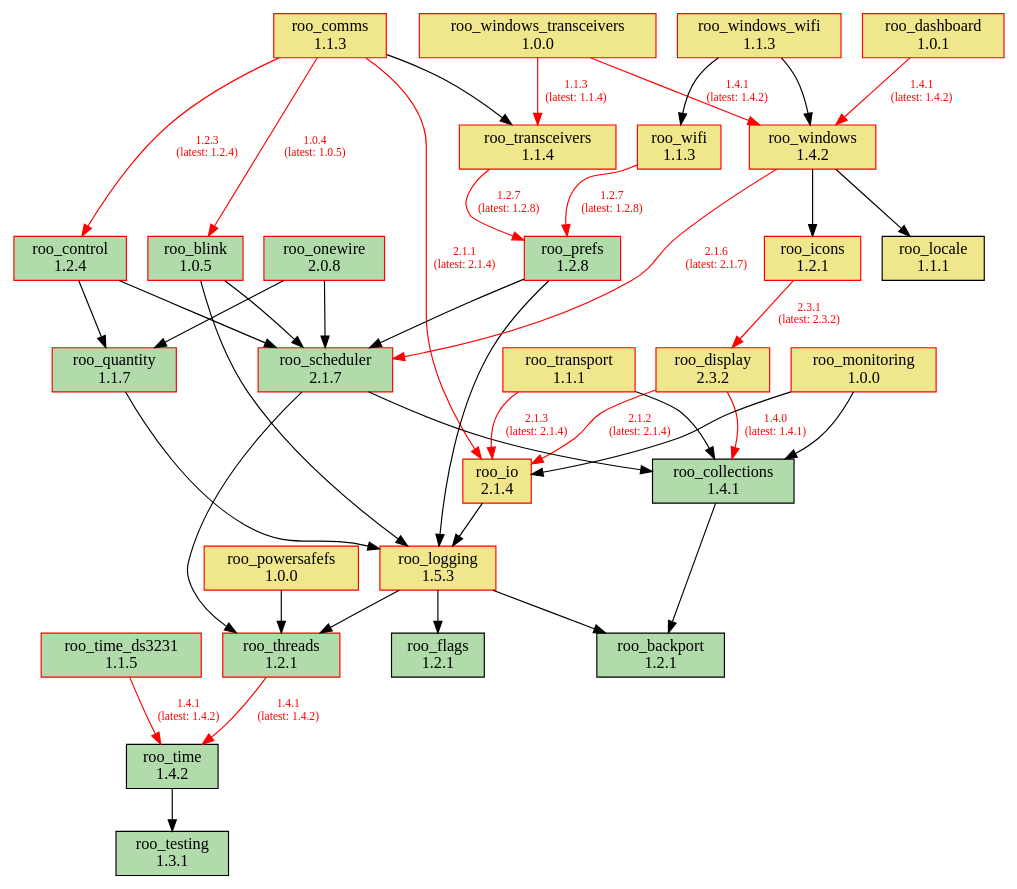
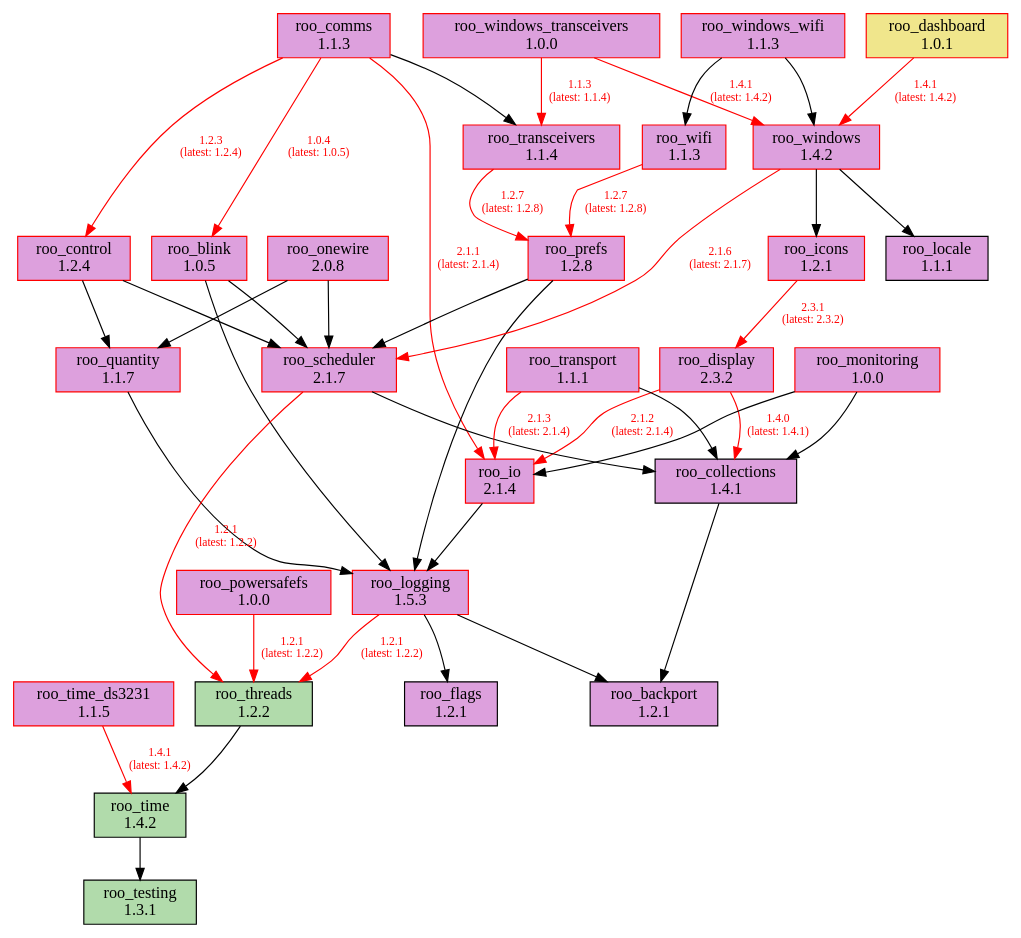
One commit to dejwk/roo-registry changed the diagram in doc/dependencies.dot. Above: the diagram before and after it, drawn with Graphviz. The commit also changed 3 other files, not shown here.

Commit message:
Added roo_threads 1.2.2 to the registry.

```diff
--- a/doc/dependencies.dot
+++ b/doc/dependencies.dot
@@ -1,78 +1,78 @@
 digraph dependencies {
     rankdir=TB;
     node [shape=box, style=filled];
     edge [fontsize=10];
 
     // Modules
-    "roo_backport" [label="roo_backport\n1.2.1", fillcolor="#b1dbab", color="black"];
-    "roo_blink" [label="roo_blink\n1.0.5", fillcolor="#b1dbab", color="red"];
-    "roo_collections" [label="roo_collections\n1.4.1", fillcolor="#b1dbab", color="black"];
-    "roo_comms" [label="roo_comms\n1.1.3", fillcolor="khaki", color="red"];
-    "roo_control" [label="roo_control\n1.2.4", fillcolor="#b1dbab", color="red"];
+    "roo_backport" [label="roo_backport\n1.2.1", fillcolor="plum", color="black"];
+    "roo_blink" [label="roo_blink\n1.0.5", fillcolor="plum", color="red"];
+    "roo_collections" [label="roo_collections\n1.4.1", fillcolor="plum", color="black"];
+    "roo_comms" [label="roo_comms\n1.1.3", fillcolor="plum", color="red"];
+    "roo_control" [label="roo_control\n1.2.4", fillcolor="plum", color="red"];
     "roo_dashboard" [label="roo_dashboard\n1.0.1", fillcolor="khaki", color="red"];
-    "roo_display" [label="roo_display\n2.3.2", fillcolor="khaki", color="red"];
-    "roo_flags" [label="roo_flags\n1.2.1", fillcolor="#b1dbab", color="black"];
-    "roo_icons" [label="roo_icons\n1.2.1", fillcolor="khaki", color="red"];
-    "roo_io" [label="roo_io\n2.1.4", fillcolor="khaki", color="red"];
-    "roo_locale" [label="roo_locale\n1.1.1", fillcolor="khaki", color="black"];
-    "roo_logging" [label="roo_logging\n1.5.3", fillcolor="khaki", color="red"];
-    "roo_monitoring" [label="roo_monitoring\n1.0.0", fillcolor="khaki", color="red"];
-    "roo_onewire" [label="roo_onewire\n2.0.8", fillcolor="#b1dbab", color="red"];
-    "roo_powersafefs" [label="roo_powersafefs\n1.0.0", fillcolor="khaki", color="red"];
-    "roo_prefs" [label="roo_prefs\n1.2.8", fillcolor="#b1dbab", color="red"];
-    "roo_quantity" [label="roo_quantity\n1.1.7", fillcolor="#b1dbab", color="red"];
-    "roo_scheduler" [label="roo_scheduler\n2.1.7", fillcolor="#b1dbab", color="red"];
+    "roo_display" [label="roo_display\n2.3.2", fillcolor="plum", color="red"];
+    "roo_flags" [label="roo_flags\n1.2.1", fillcolor="plum", color="black"];
+    "roo_icons" [label="roo_icons\n1.2.1", fillcolor="plum", color="red"];
+    "roo_io" [label="roo_io\n2.1.4", fillcolor="plum", color="red"];
+    "roo_locale" [label="roo_locale\n1.1.1", fillcolor="plum", color="black"];
+    "roo_logging" [label="roo_logging\n1.5.3", fillcolor="plum", color="red"];
+    "roo_monitoring" [label="roo_monitoring\n1.0.0", fillcolor="plum", color="red"];
+    "roo_onewire" [label="roo_onewire\n2.0.8", fillcolor="plum", color="red"];
+    "roo_powersafefs" [label="roo_powersafefs\n1.0.0", fillcolor="plum", color="red"];
+    "roo_prefs" [label="roo_prefs\n1.2.8", fillcolor="plum", color="red"];
+    "roo_quantity" [label="roo_quantity\n1.1.7", fillcolor="plum", color="red"];
+    "roo_scheduler" [label="roo_scheduler\n2.1.7", fillcolor="plum", color="red"];
     "roo_testing" [label="roo_testing\n1.3.1", fillcolor="#b1dbab", color="black"];
-    "roo_threads" [label="roo_threads\n1.2.1", fillcolor="#b1dbab", color="red"];
+    "roo_threads" [label="roo_threads\n1.2.2", fillcolor="#b1dbab", color="black"];
     "roo_time" [label="roo_time\n1.4.2", fillcolor="#b1dbab", color="black"];
-    "roo_time_ds3231" [label="roo_time_ds3231\n1.1.5", fillcolor="#b1dbab", color="red"];
-    "roo_transceivers" [label="roo_transceivers\n1.1.4", fillcolor="khaki", color="red"];
-    "roo_transport" [label="roo_transport\n1.1.1", fillcolor="khaki", color="red"];
-    "roo_wifi" [label="roo_wifi\n1.1.3", fillcolor="khaki", color="red"];
-    "roo_windows" [label="roo_windows\n1.4.2", fillcolor="khaki", color="red"];
-    "roo_windows_transceivers" [label="roo_windows_transceivers\n1.0.0", fillcolor="khaki", color="red"];
-    "roo_windows_wifi" [label="roo_windows_wifi\n1.1.3", fillcolor="khaki", color="red"];
+    "roo_time_ds3231" [label="roo_time_ds3231\n1.1.5", fillcolor="plum", color="red"];
+    "roo_transceivers" [label="roo_transceivers\n1.1.4", fillcolor="plum", color="red"];
+    "roo_transport" [label="roo_transport\n1.1.1", fillcolor="plum", color="red"];
+    "roo_wifi" [label="roo_wifi\n1.1.3", fillcolor="plum", color="red"];
+    "roo_windows" [label="roo_windows\n1.4.2", fillcolor="plum", color="red"];
+    "roo_windows_transceivers" [label="roo_windows_transceivers\n1.0.0", fillcolor="plum", color="red"];
+    "roo_windows_wifi" [label="roo_windows_wifi\n1.1.3", fillcolor="plum", color="red"];
 
     // Dependencies
     "roo_blink" -> "roo_logging";
     "roo_blink" -> "roo_scheduler";
     "roo_collections" -> "roo_backport";
     "roo_comms" -> "roo_blink" [color=red, fontcolor=red, label="1.0.4\n(latest: 1.0.5)"];
     "roo_comms" -> "roo_control" [color=red, fontcolor=red, label="1.2.3\n(latest: 1.2.4)"];
     "roo_comms" -> "roo_io" [color=red, fontcolor=red, label="2.1.1\n(latest: 2.1.4)"];
     "roo_comms" -> "roo_transceivers";
     "roo_control" -> "roo_quantity";
     "roo_control" -> "roo_scheduler";
     "roo_dashboard" -> "roo_windows" [color=red, fontcolor=red, label="1.4.1\n(latest: 1.4.2)"];
     "roo_display" -> "roo_collections" [color=red, fontcolor=red, label="1.4.0\n(latest: 1.4.1)"];
     "roo_display" -> "roo_io" [color=red, fontcolor=red, label="2.1.2\n(latest: 2.1.4)"];
     "roo_icons" -> "roo_display" [color=red, fontcolor=red, label="2.3.1\n(latest: 2.3.2)"];
     "roo_io" -> "roo_logging";
     "roo_logging" -> "roo_backport";
     "roo_logging" -> "roo_flags";
-    "roo_logging" -> "roo_threads";
+    "roo_logging" -> "roo_threads" [color=red, fontcolor=red, label="1.2.1\n(latest: 1.2.2)"];
     "roo_monitoring" -> "roo_collections";
     "roo_monitoring" -> "roo_io";
     "roo_onewire" -> "roo_scheduler";
     "roo_onewire" -> "roo_quantity";
-    "roo_powersafefs" -> "roo_threads";
+    "roo_powersafefs" -> "roo_threads" [color=red, fontcolor=red, label="1.2.1\n(latest: 1.2.2)"];
     "roo_prefs" -> "roo_logging";
     "roo_prefs" -> "roo_scheduler";
     "roo_quantity" -> "roo_logging";
     "roo_scheduler" -> "roo_collections";
-    "roo_scheduler" -> "roo_threads";
-    "roo_threads" -> "roo_time" [color=red, fontcolor=red, label="1.4.1\n(latest: 1.4.2)"];
+    "roo_scheduler" -> "roo_threads" [color=red, fontcolor=red, label="1.2.1\n(latest: 1.2.2)"];
+    "roo_threads" -> "roo_time";
     "roo_time" -> "roo_testing";
     "roo_time_ds3231" -> "roo_time" [color=red, fontcolor=red, label="1.4.1\n(latest: 1.4.2)"];
     "roo_transceivers" -> "roo_prefs" [color=red, fontcolor=red, label="1.2.7\n(latest: 1.2.8)"];
     "roo_transport" -> "roo_collections";
     "roo_transport" -> "roo_io" [color=red, fontcolor=red, label="2.1.3\n(latest: 2.1.4)"];
     "roo_wifi" -> "roo_prefs" [color=red, fontcolor=red, label="1.2.7\n(latest: 1.2.8)"];
     "roo_windows" -> "roo_locale";
     "roo_windows" -> "roo_icons";
     "roo_windows" -> "roo_scheduler" [color=red, fontcolor=red, label="2.1.6\n(latest: 2.1.7)"];
     "roo_windows_transceivers" -> "roo_transceivers" [color=red, fontcolor=red, label="1.1.3\n(latest: 1.1.4)"];
     "roo_windows_transceivers" -> "roo_windows" [color=red, fontcolor=red, label="1.4.1\n(latest: 1.4.2)"];
     "roo_windows_wifi" -> "roo_wifi";
     "roo_windows_wifi" -> "roo_windows";
 }
```
